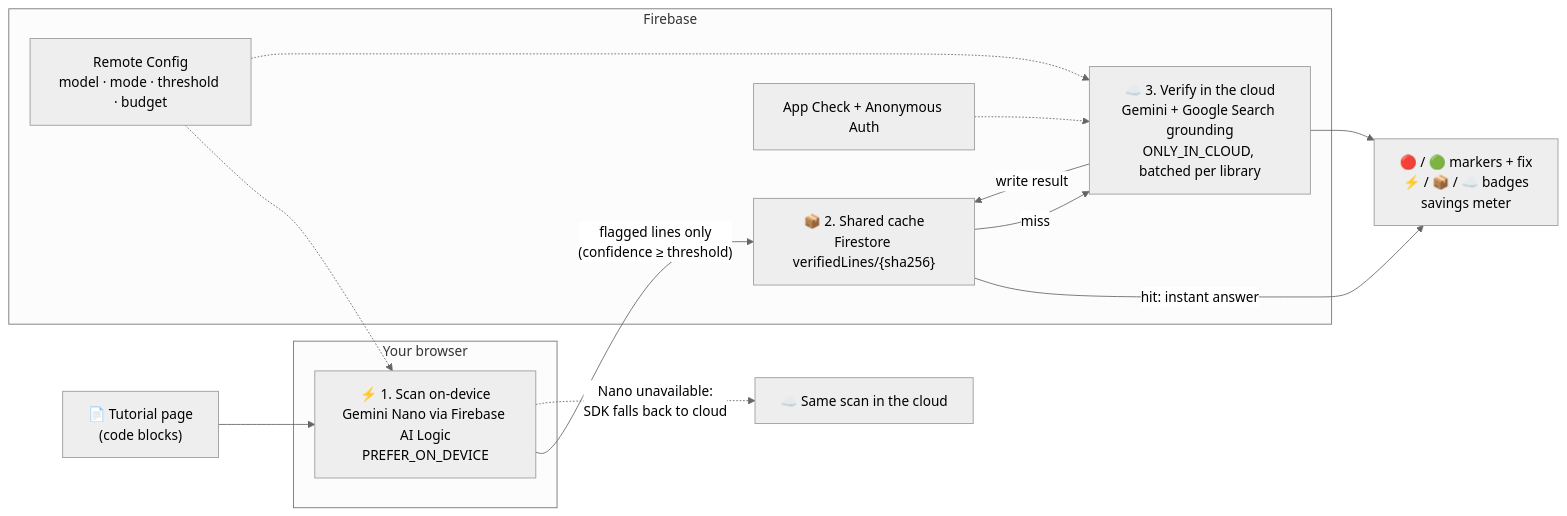
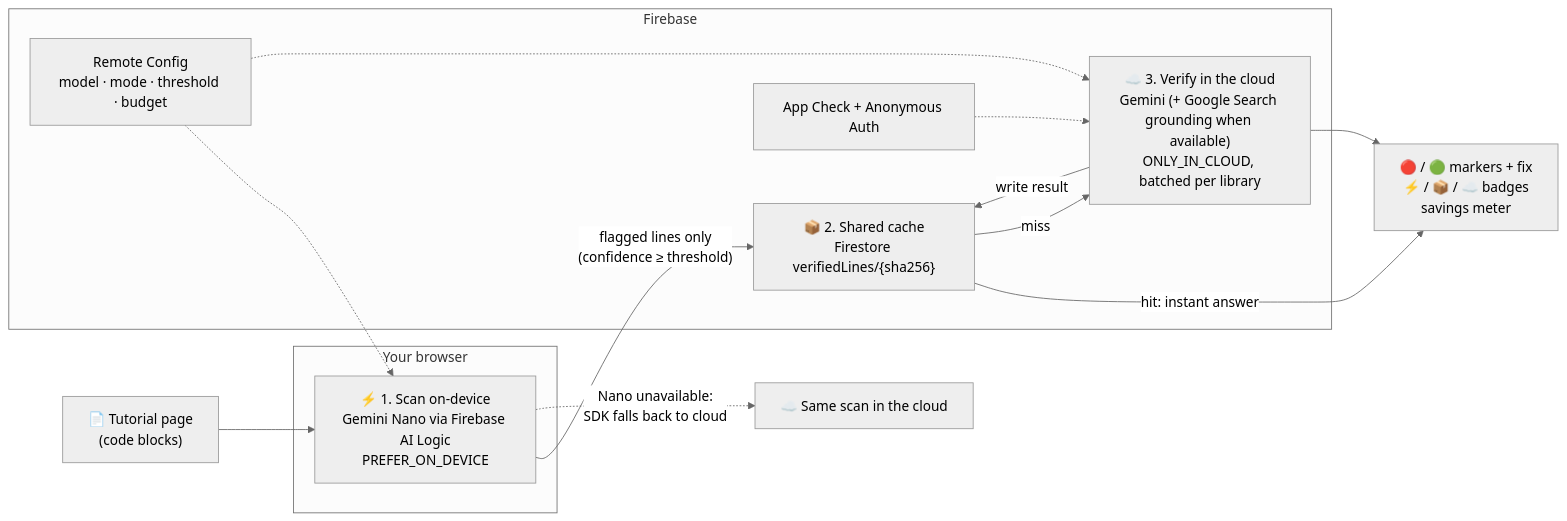
The diagram in README.md (Ruwiysis/tutorial-time-machine), drawn with Mermaid (neutral theme) before and after one commit. The commit also changed other lines of this file and 4 other files, not shown here.

First line of the commit message:
Describe Google Search grounding honestly everywhere

````diff
--- a/README.md
+++ b/README.md
@@ -41,26 +41,26 @@
 ```mermaid
 flowchart LR
     page["📄 Tutorial page<br/>(code blocks)"] --> scan
 
     subgraph device["Your browser"]
       scan["⚡ 1. Scan on-device<br/>Gemini Nano via Firebase AI Logic<br/>PREFER_ON_DEVICE"]
     end
 
     scan -- "flagged lines only<br/>(confidence ≥ threshold)" --> cache
     scan -. "Nano unavailable:<br/>SDK falls back to cloud" .-> cloudscan["☁️ Same scan in the cloud"]
 
     subgraph firebase["Firebase"]
       cache["📦 2. Shared cache<br/>Firestore verifiedLines/{sha256}"]
-      verify["☁️ 3. Verify in the cloud<br/>Gemini + Google Search grounding<br/>ONLY_IN_CLOUD, batched per library"]
+      verify["☁️ 3. Verify in the cloud<br/>Gemini (+ Google Search grounding when available)<br/>ONLY_IN_CLOUD, batched per library"]
       rc["Remote Config<br/>model · mode · threshold · budget"]
       appcheck["App Check + Anonymous Auth"]
     end
 
     cache -- "hit: instant answer" --> ui
     cache -- "miss" --> verify
     verify -- "write result" --> cache
     verify --> ui["🔴 / 🟢 markers + fix<br/>⚡ / 📦 / ☁️ badges<br/>savings meter"]
     rc -.-> scan
     rc -.-> verify
     appcheck -.-> verify
 ```
````
